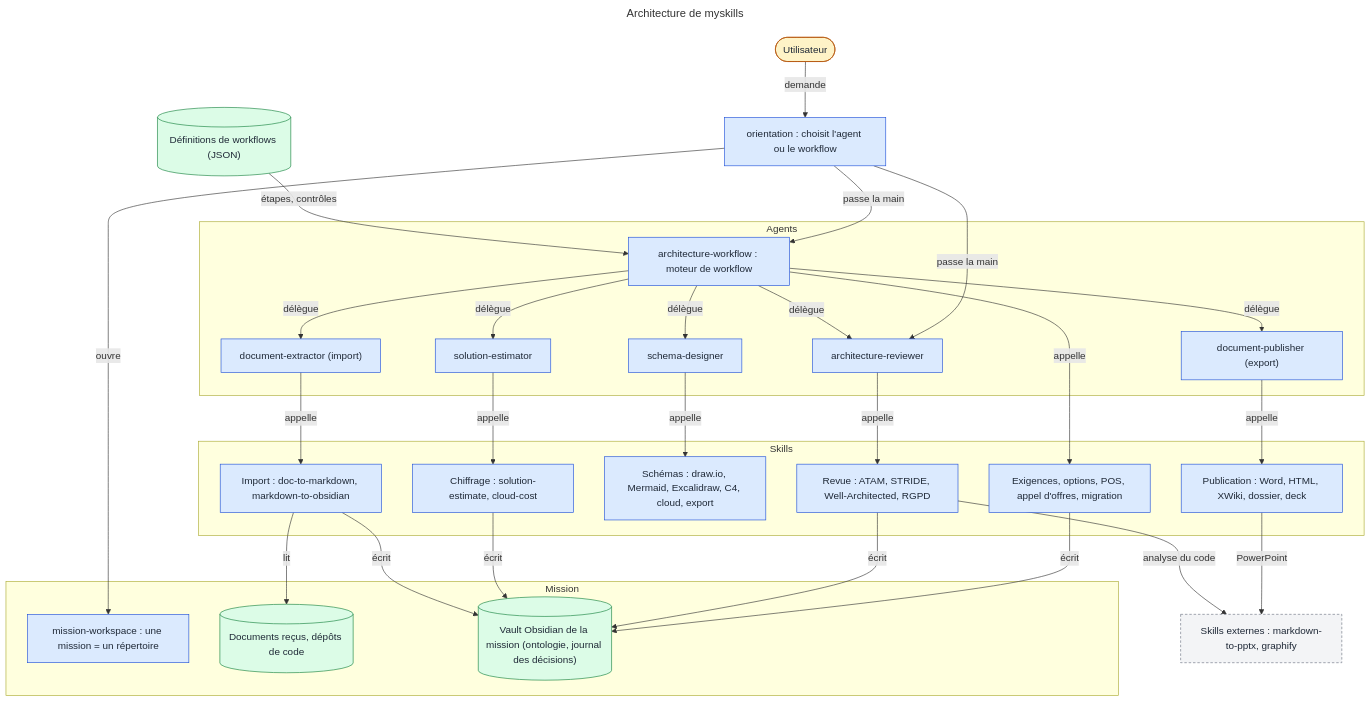
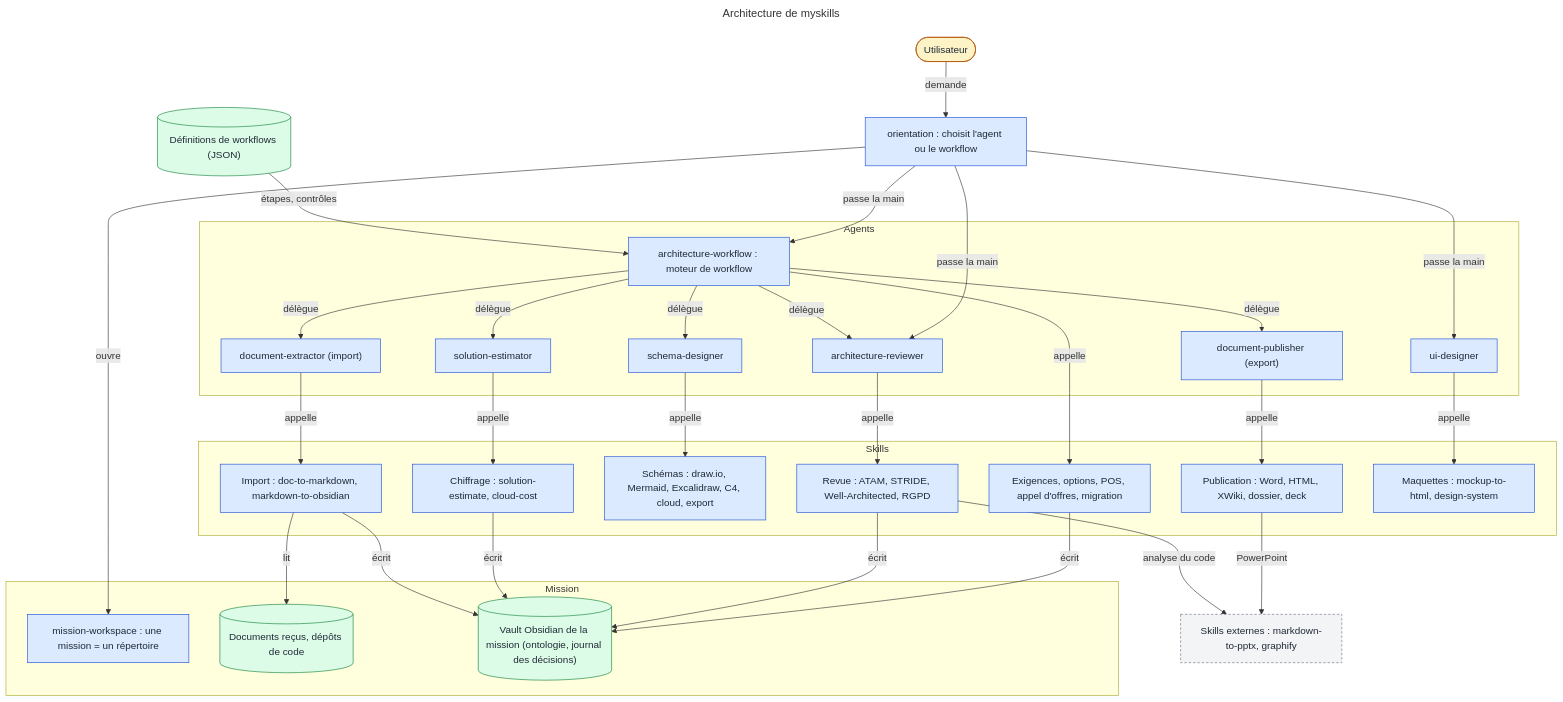
The diagram in README.md (RenaudVanhille/myskills), drawn with Mermaid before and after one commit. The commit also changed other lines of this file and 83 other files, not shown here.

First line of the commit message:
feat: maquettes vers HTML/CSS, Bootstrap, React, Vue ou Angular, design system et chiffrage frontend (#47)

````diff
--- a/README.md
+++ b/README.md
@@ -203,62 +210,66 @@
 ```mermaid
 ---
 title: "Architecture de myskills"
 ---
 flowchart TD
   subgraph g1["Mission"]
     mission["mission-workspace : une mission = un répertoire"]
     docs[("Documents reçus, dépôts de code")]
     vault[("Vault Obsidian de la mission (ontologie, journal des décisions)")]
   end
   subgraph g2["Agents"]
     engine["architecture-workflow : moteur de workflow"]
     extractor["document-extractor (import)"]
     designer["schema-designer"]
     reviewer["architecture-reviewer"]
     estimator["solution-estimator"]
     publisher["document-publisher (export)"]
+    ui["ui-designer"]
   end
   subgraph g3["Skills"]
     s_import["Import : doc-to-markdown, markdown-to-obsidian"]
     s_archi["Exigences, options, POS, appel d'offres, migration"]
     s_schemas["Schémas : draw.io, Mermaid, Excalidraw, C4, cloud, export"]
     s_revue["Revue : ATAM, STRIDE, Well-Architected, RGPD"]
     s_chiffrage["Chiffrage : solution-estimate, cloud-cost"]
     s_publi["Publication : Word, HTML, XWiki, dossier, deck"]
+    s_ui["Maquettes : mockup-to-html, design-system"]
   end
   user(["Utilisateur"])
   orientation["orientation : choisit l'agent ou le workflow"]
   workflows[("Définitions de workflows (JSON)")]
   ext["Skills externes : markdown-to-pptx, graphify"]
   user -->|"demande"| orientation
   orientation -->|"ouvre"| mission
   orientation -->|"passe la main"| engine
   orientation -->|"passe la main"| reviewer
   workflows -->|"étapes, contrôles"| engine
   engine -->|"délègue"| extractor
   engine -->|"délègue"| designer
   engine -->|"délègue"| reviewer
   engine -->|"délègue"| estimator
   engine -->|"délègue"| publisher
+  orientation -->|"passe la main"| ui
+  ui -->|"appelle"| s_ui
   engine -->|"appelle"| s_archi
   extractor -->|"appelle"| s_import
   designer -->|"appelle"| s_schemas
   reviewer -->|"appelle"| s_revue
   estimator -->|"appelle"| s_chiffrage
   publisher -->|"appelle"| s_publi
   s_import -->|"lit"| docs
   s_archi -->|"écrit"| vault
   s_revue -->|"écrit"| vault
   s_chiffrage -->|"écrit"| vault
   s_import -->|"écrit"| vault
   s_publi -->|"PowerPoint"| ext
   s_revue -->|"analyse du code"| ext
   classDef db fill:#dcfce7,stroke:#15803d,color:#1f2937
   classDef external fill:#f3f4f6,stroke:#6b7280,color:#1f2937,stroke-dasharray:4 3
   classDef person fill:#fef3c7,stroke:#b45309,color:#1f2937
   classDef system fill:#dbeafe,stroke:#1d4ed8,color:#1f2937
   class docs,workflows,vault db
   class ext external
   class user person
-  class orientation,mission,engine,extractor,designer,reviewer,estimator,publisher,s_import,s_archi,s_schemas,s_revue,s_chiffrage,s_publi system
+  class orientation,mission,engine,extractor,designer,reviewer,estimator,publisher,ui,s_import,s_archi,s_schemas,s_revue,s_chiffrage,s_publi,s_ui system
 ```
````
